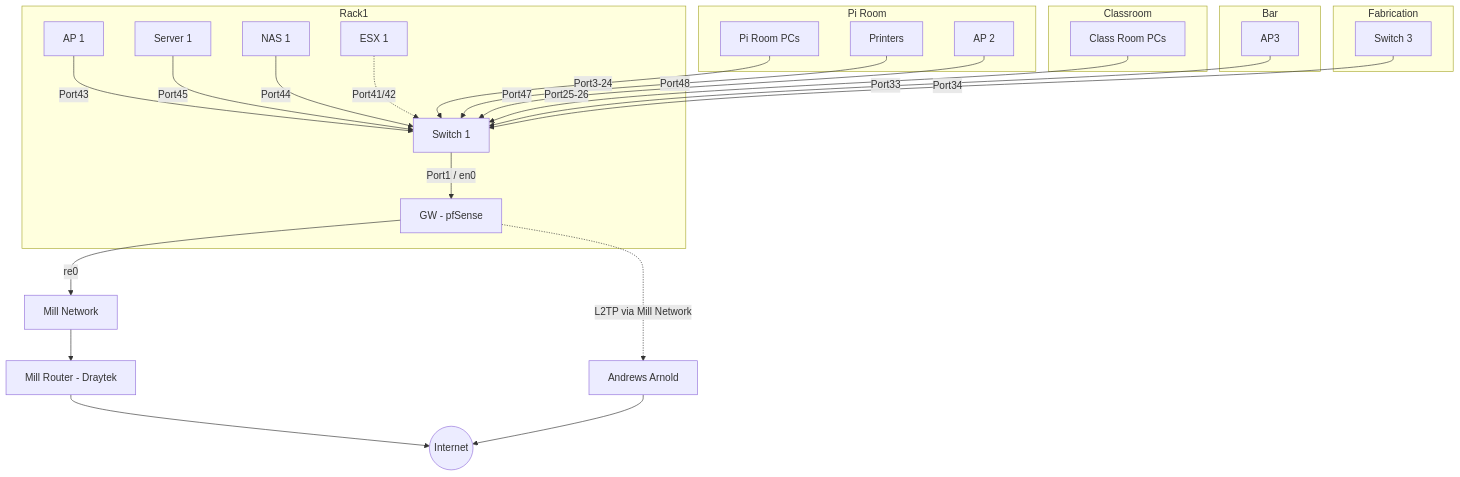
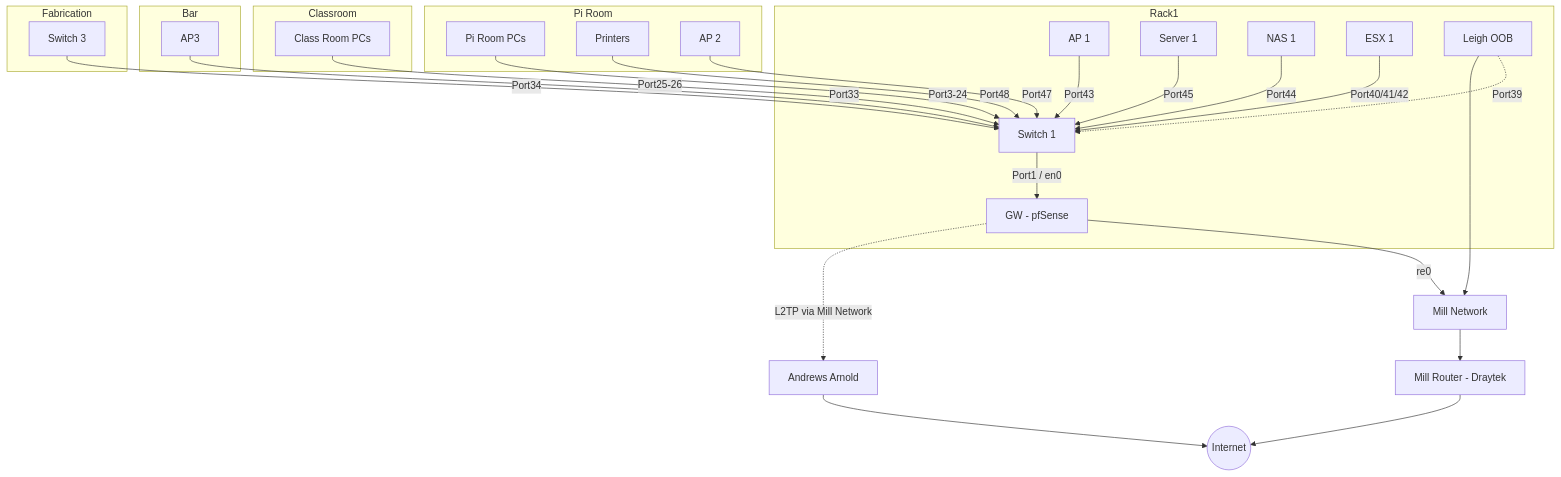
Before and after one commit to leigh-hackspace/HackspaceWiki: the first of 2 diagrams in docs/infrastructure/network_layout.md, drawn with Mermaid. The commit also changed other lines of this file, not shown here.

Commit message:
Add notes about OOB

````diff
--- a/docs/infrastructure/network_layout.md
+++ b/docs/infrastructure/network_layout.md
@@ -7,34 +7,36 @@
 ```mermaid
 graph 
     subgraph Rack1
     GW[GW - pfSense] 
     AP[AP 1] -->|Port43| SWITCH1
     SWITCH1[Switch 1] -->|Port1 / en0| GW
     SERVER1[Server 1] -->|Port45| SWITCH1
     NAS1[NAS 1] --> |Port44| SWITCH1
-    ESX1[ESX 1] -.-> |Port41/42| SWITCH1
+    ESX1[ESX 1] --> |Port40/41/42| SWITCH1
+    LEIGHOOB[Leigh OOB] -.-> |Port39| SWITCH1
     end
 
+    LEIGHOOB --> MILL
     GW -->|re0| MILL
     GW -. L2TP via Mill Network .-> AAISP
     MILL[Mill Network] --> MILLROUTER[Mill Router - Draytek] --> INTERNET((Internet))
     AAISP[Andrews Arnold] --> INTERNET
     
     subgraph Pi Room
     PIROOMPC[Pi Room PCs] -->|Port3-24| SWITCH1
     PRINTERS[Printers] -->|Port48| SWITCH1
     PIROOMAP[AP 2] --> |Port47| SWITCH1
     end
 
     subgraph Classroom
     CLASSROOMPC[Class Room PCs] -->|Port25-26| SWITCH1
     end
     
     subgraph Bar
     AP3[AP3] -->|Port33| SWITCH1
     end
     
     subgraph Fabrication
     SWITCH3[Switch 3] -->|Port34| SWITCH1
     end
 ```
````
